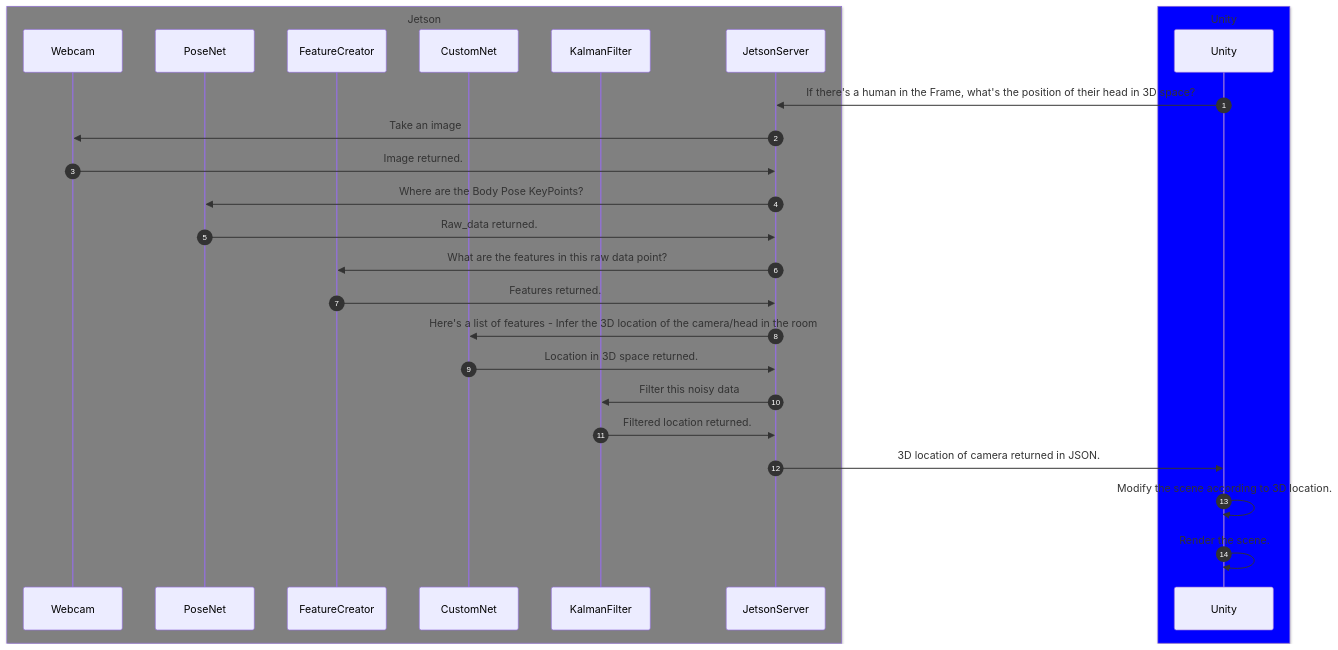
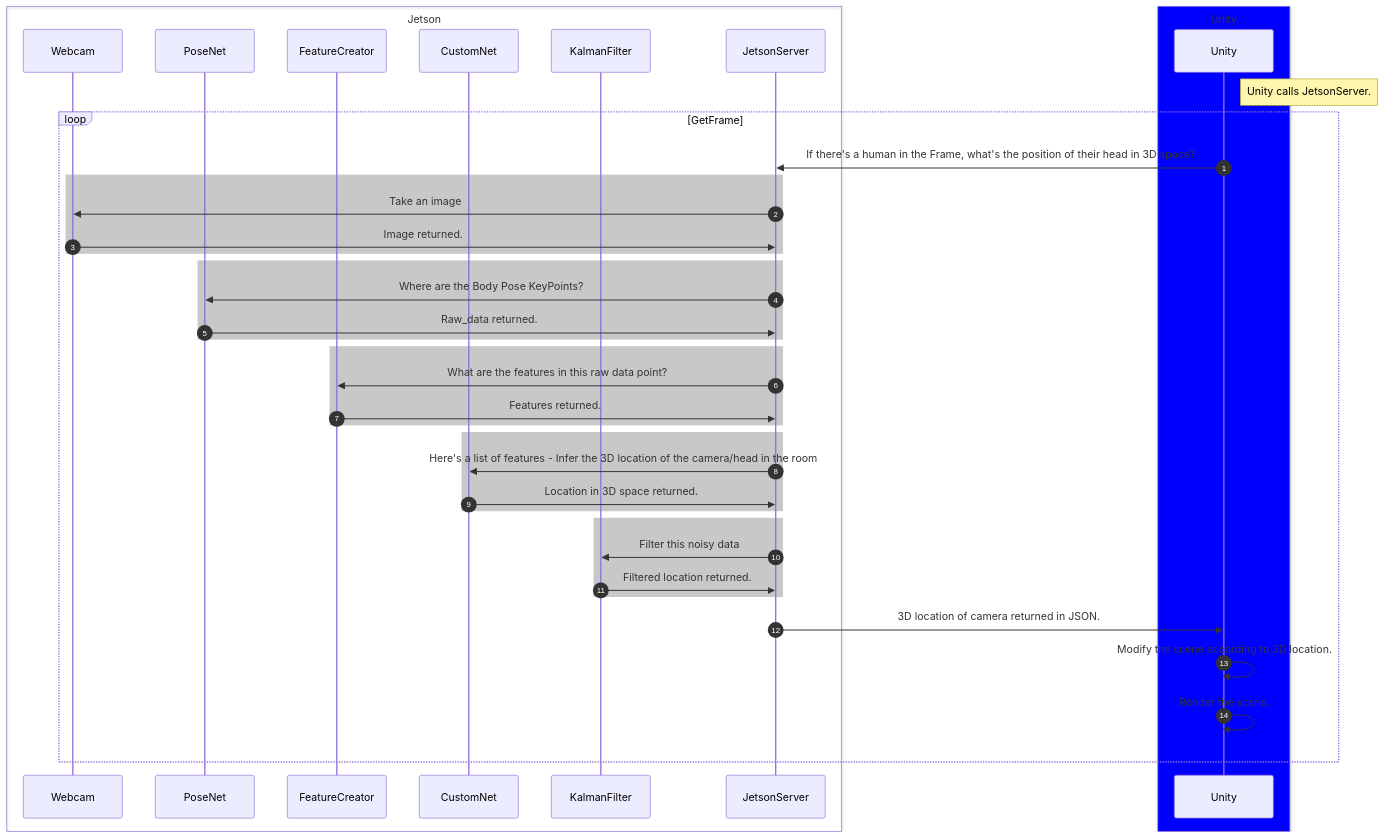
One commit to eyast/eyast.github.io changed the diagram in _projects/3D_Display.md. Above: the diagram before and after it, drawn with Mermaid.

Commit message:
with loop and boxes

```diff
--- a/_projects/3D_Display.md
+++ b/_projects/3D_Display.md
@@ -31,29 +31,42 @@
 {% mermaid %}
 sequenceDiagram
-    box gray Jetson
+    box Jetson
     participant Webcam
     participant PoseNet
     participant FeatureCreator
     participant CustomNet
     participant KalmanFilter
     participant JetsonServer
     end
     box blue Unity
     participant Unity
     end
     autonumber
-    Unity->>JetsonServer:If there's a human in the Frame, what's the position of their head in 3D space?
-    JetsonServer->>Webcam: Take an image
-    Webcam->> JetsonServer: Image returned.
-    JetsonServer->>PoseNet: Where are the Body Pose KeyPoints?
-    PoseNet->>JetsonServer: Raw_data returned.
-    JetsonServer->>FeatureCreator: What are the features in this raw data point?
-    FeatureCreator->>JetsonServer: Features returned.
-    JetsonServer->>CustomNet: Here's a list of features - Infer the 3D location of the camera/head in the room
-    CustomNet->>JetsonServer: Location in 3D space returned.
-    JetsonServer->>KalmanFilter: Filter this noisy data
-    KalmanFilter->>JetsonServer: Filtered location returned.
-    JetsonServer->>Unity: 3D location of camera returned in JSON.
-    Unity->>Unity: Modify the scene according to 3D location.
-    Unity->>Unity: Render the scene.
+    note right of Unity: Unity calls JetsonServer.
+    loop GetFrame
+        Unity->>JetsonServer:If there's a human in the Frame, what's the position of their head in 3D space?
+        rect rgb(200, 200, 200)
+        JetsonServer->>Webcam: Take an image
+        Webcam->> JetsonServer: Image returned.
+        end
+        rect rgb(200, 200, 200)
+        JetsonServer->>PoseNet: Where are the Body Pose KeyPoints?
+        PoseNet->>JetsonServer: Raw_data returned.
+        end
+        rect rgb(200, 200, 200)
+        JetsonServer->>FeatureCreator: What are the features in this raw data point?
+        FeatureCreator->>JetsonServer: Features returned.
+        end
+        rect rgb(200, 200, 200)
+        JetsonServer->>CustomNet: Here's a list of features - Infer the 3D location of the camera/head in the room
+        CustomNet->>JetsonServer: Location in 3D space returned.
+        end
+        rect rgb(200, 200, 200)
+        JetsonServer->>KalmanFilter: Filter this noisy data
+        KalmanFilter->>JetsonServer: Filtered location returned.
+        end
+        JetsonServer->>Unity: 3D location of camera returned in JSON.
+        Unity->>Unity: Modify the scene according to 3D location.
+        Unity->>Unity: Render the scene.
+    end
 {% endmermaid %}
```
